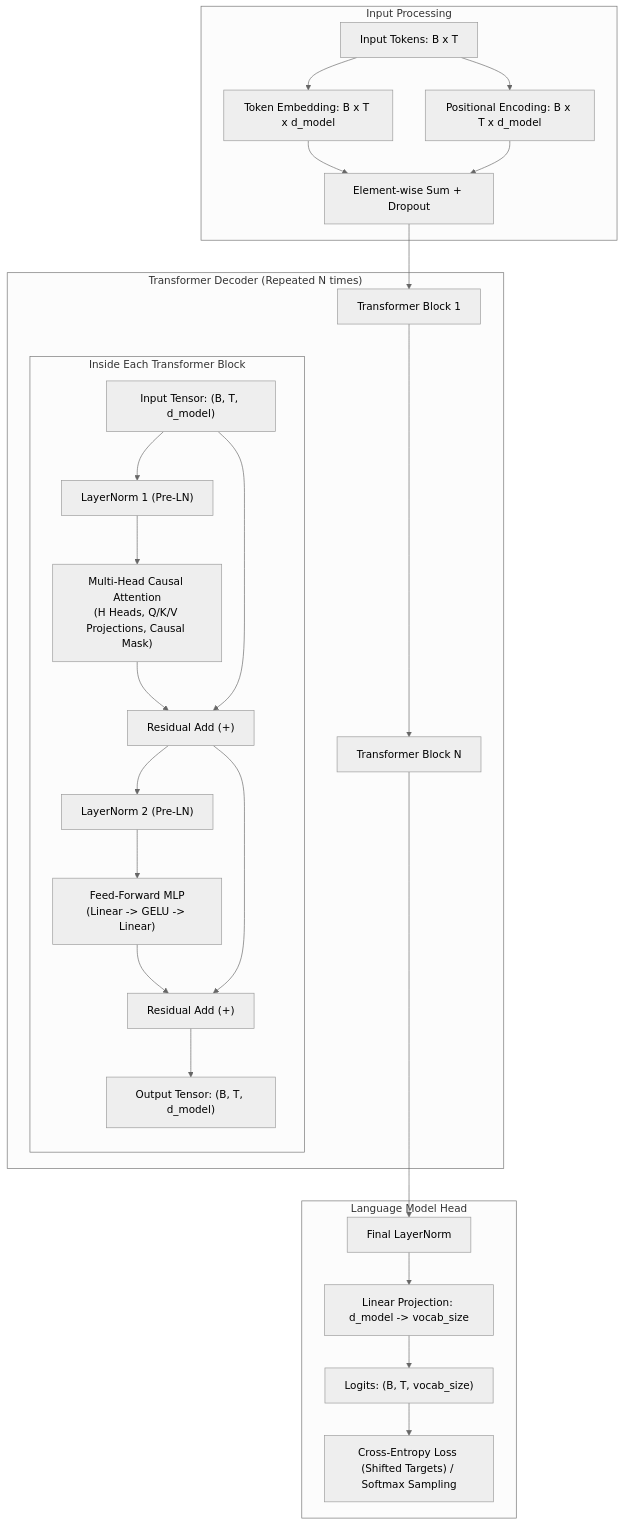
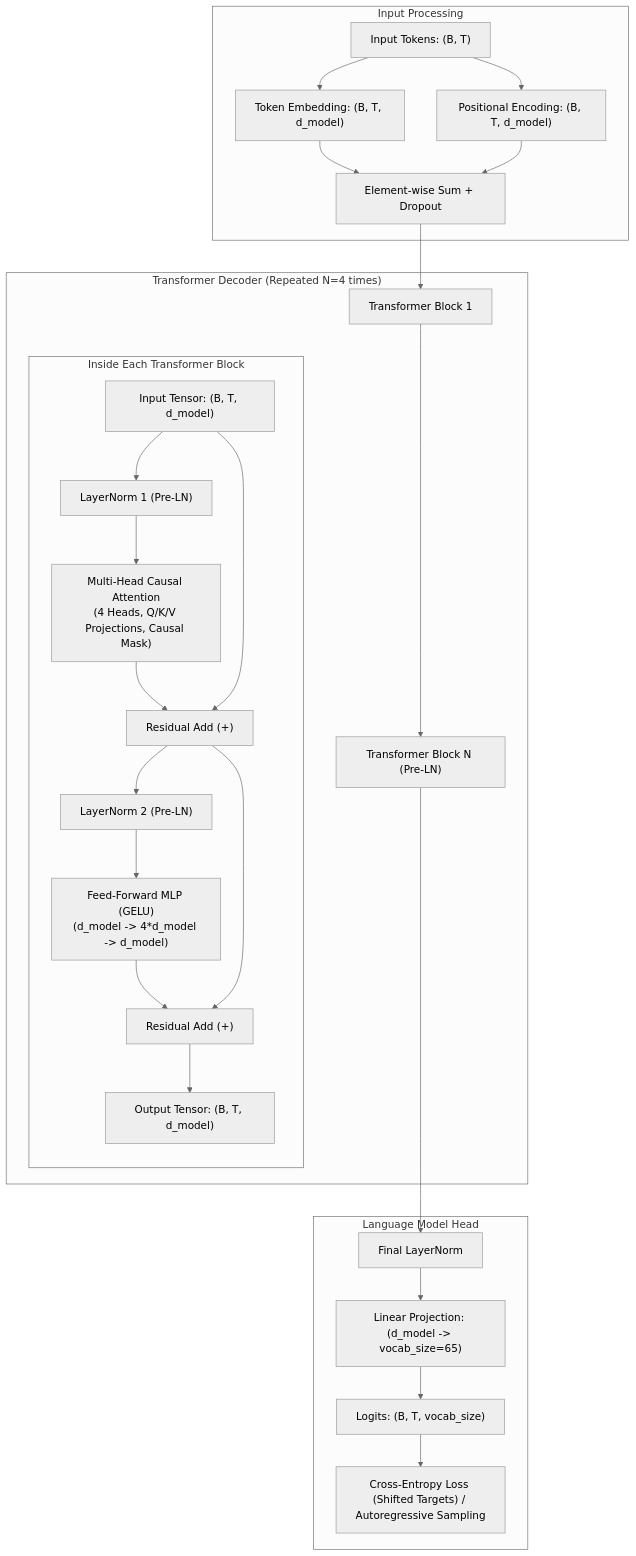
One commit to mjohnraza/mini changed the diagram in README.md. Above: the diagram before and after it, drawn with Mermaid (neutral theme). The commit also changed other lines of this file, not shown here.

Commit message:
Polish and fix README.md with team details, live links, and full architecture diagrams

````diff
--- a/README.md
+++ b/README.md
@@ -51,34 +57,34 @@
 ```mermaid
 flowchart TD
     subgraph Input["Input Processing"]
-        Tok[Input Tokens: B x T] --> Emb[Token Embedding: B x T x d_model]
-        Tok --> Pos[Positional Encoding: B x T x d_model]
-        Emb --> Add[Element-wise Sum + Dropout]
+        Tok["Input Tokens: (B, T)"] --> Emb["Token Embedding: (B, T, d_model)"]
+        Tok --> Pos["Positional Encoding: (B, T, d_model)"]
+        Emb --> Add["Element-wise Sum + Dropout"]
         Pos --> Add
     end
 
-    subgraph TransformerStack["Transformer Decoder (Repeated N times)"]
-        Add --> Block1[Transformer Block 1]
-        Block1 --> BlockN[Transformer Block N]
+    subgraph TransformerStack["Transformer Decoder (Repeated N=4 times)"]
+        Add --> Block1["Transformer Block 1"]
+        Block1 --> BlockN["Transformer Block N (Pre-LN)"]
         
         subgraph BlockDetails["Inside Each Transformer Block"]
             direction TB
             InputX["Input Tensor: (B, T, d_model)"] --> LN1["LayerNorm 1 (Pre-LN)"]
-            LN1 --> MHA["Multi-Head Causal Attention\n(H Heads, Q/K/V Projections, Causal Mask)"]
+            LN1 --> MHA["Multi-Head Causal Attention\n(4 Heads, Q/K/V Projections, Causal Mask)"]
             MHA --> Add1["Residual Add (+)"]
             InputX --> Add1
             Add1 --> LN2["LayerNorm 2 (Pre-LN)"]
-            LN2 --> FFN["Feed-Forward MLP\n(Linear -> GELU -> Linear)"]
+            LN2 --> FFN["Feed-Forward MLP (GELU)\n(d_model -> 4*d_model -> d_model)"]
             FFN --> Add2["Residual Add (+)"]
             Add1 --> Add2
             Add2 --> OutputX["Output Tensor: (B, T, d_model)"]
         end
     end
 
     subgraph OutputHead["Language Model Head"]
         BlockN --> FinalLN["Final LayerNorm"]
-        FinalLN --> LMHead["Linear Projection: d_model -> vocab_size"]
+        FinalLN --> LMHead["Linear Projection: (d_model -> vocab_size=65)"]
         LMHead --> Logits["Logits: (B, T, vocab_size)"]
-        Logits --> Loss["Cross-Entropy Loss (Shifted Targets) / Softmax Sampling"]
+        Logits --> Loss["Cross-Entropy Loss (Shifted Targets) / Autoregressive Sampling"]
     end
 ```
````
